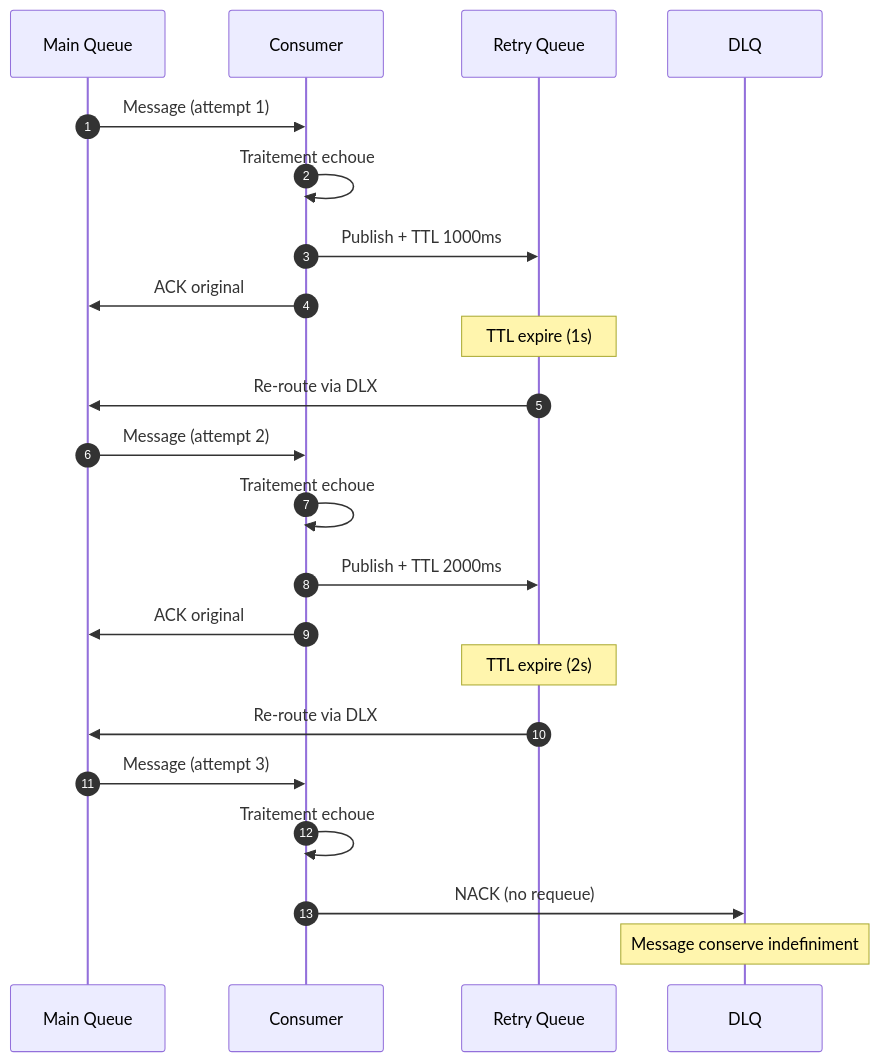
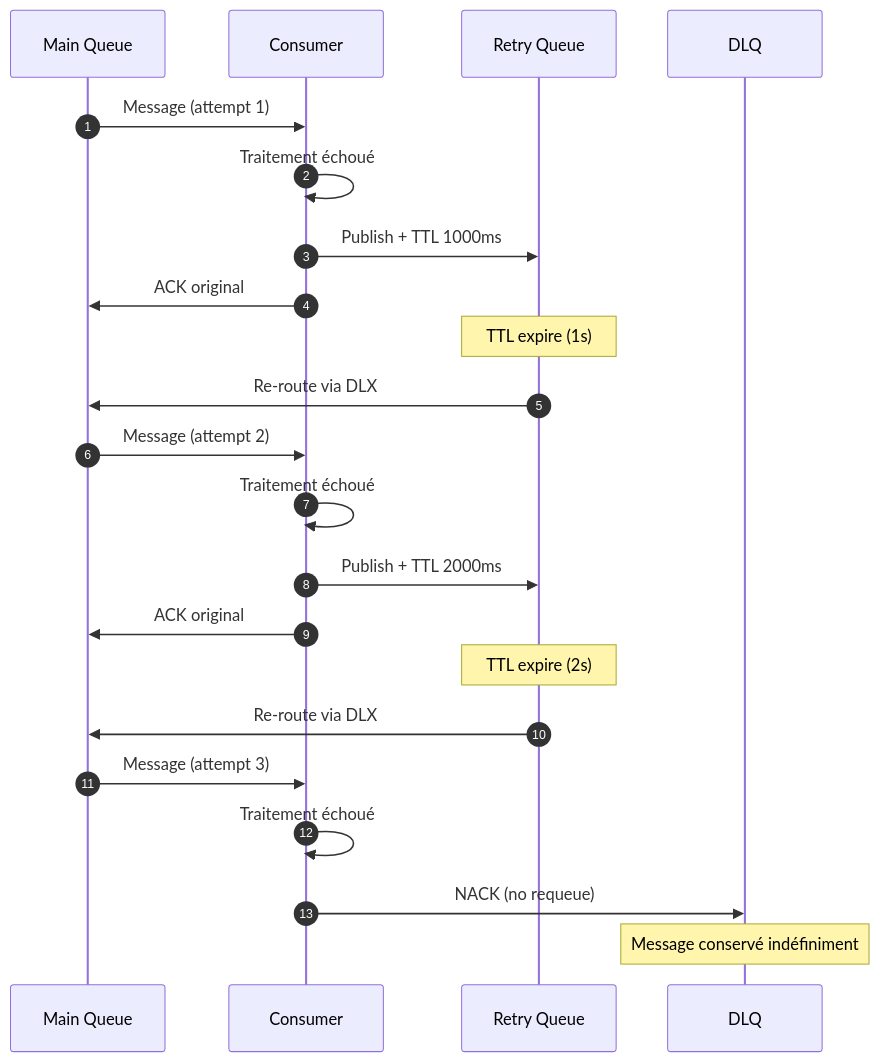
The second of 3 diagrams in apps/docs/docs/architecture/data-flows/error-handling.mdx (aagwali/maison-amane), drawn with Mermaid before and after one commit. The commit also changed other lines of this file and 9 other files, not shown here.

````diff
--- a/apps/docs/docs/architecture/data-flows/error-handling.mdx
+++ b/apps/docs/docs/architecture/data-flows/error-handling.mdx
@@ -98,30 +98,30 @@
 ```mermaid
 sequenceDiagram
     autonumber
     participant Main as Main Queue
     participant Consumer
     participant Retry as Retry Queue
     participant DLQ
 
     Main->>Consumer: Message (attempt 1)
-    Consumer->>Consumer: Traitement echoue
+    Consumer->>Consumer: Traitement échoué
     Consumer->>Retry: Publish + TTL 1000ms
     Consumer->>Main: ACK original
 
     Note over Retry: TTL expire (1s)
     Retry->>Main: Re-route via DLX
 
     Main->>Consumer: Message (attempt 2)
-    Consumer->>Consumer: Traitement echoue
+    Consumer->>Consumer: Traitement échoué
     Consumer->>Retry: Publish + TTL 2000ms
     Consumer->>Main: ACK original
 
     Note over Retry: TTL expire (2s)
     Retry->>Main: Re-route via DLX
 
     Main->>Consumer: Message (attempt 3)
-    Consumer->>Consumer: Traitement echoue
+    Consumer->>Consumer: Traitement échoué
     Consumer->>DLQ: NACK (no requeue)
 
-    Note over DLQ: Message conserve indefiniment
+    Note over DLQ: Message conservé indéfiniment
 ```
````
